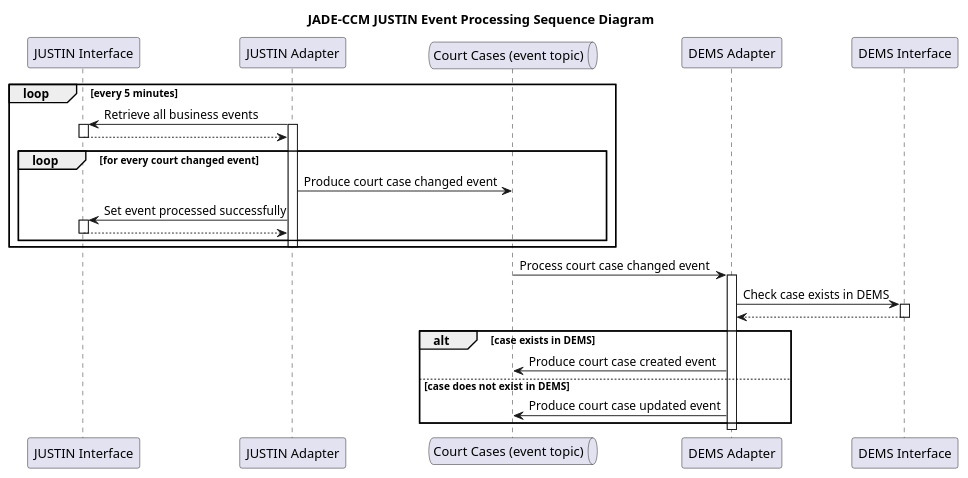
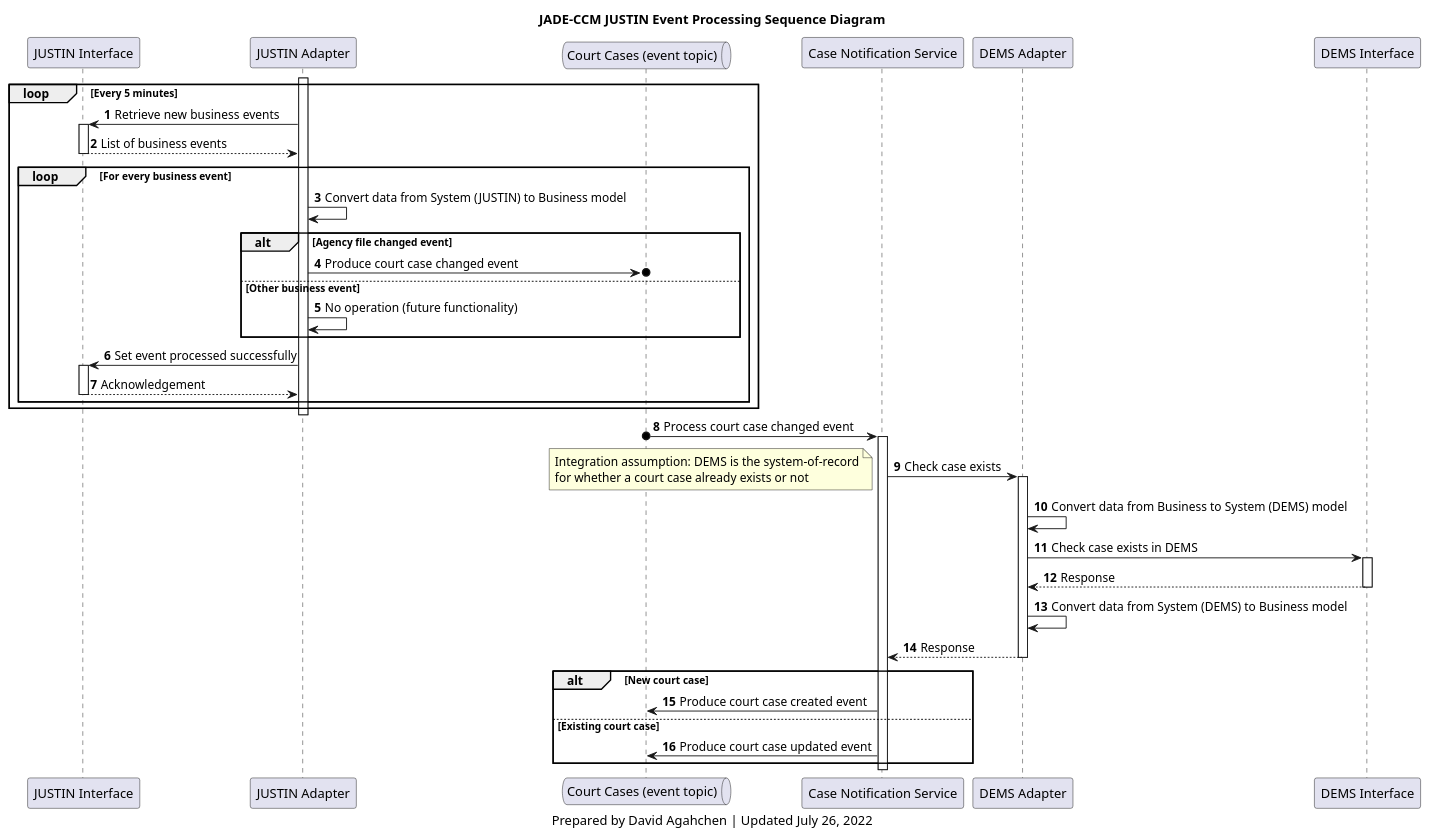
One commit to bcgov/jpss-jade-ccm changed the diagram in img/src/ccm_justin_event_processing_sequence_diagram.plantuml. Above: the diagram before and after it, drawn with PlantUML. The commit also changed 3 other files, not shown here.

Commit message:
Updated sequence diagrams with additional details

```diff
--- a/img/src/ccm_justin_event_processing_sequence_diagram.plantuml
+++ b/img/src/ccm_justin_event_processing_sequence_diagram.plantuml
@@ -1,39 +1,63 @@
 @startuml
 'hide footbox
-participant j_mock as "JUSTIN Interface"
+participant j_interface as "JUSTIN Interface"
 participant j_adapter as "JUSTIN Adapter"
-queue court_cases_q as "Court Cases (event topic)"
+queue court_cases_topic as "Court Cases (event topic)"
+participant case_notification_service as "Case Notification Service"
 participant d_adapter as "DEMS Adapter"
-participant d_mock as "DEMS Interface"
+participant d_interface as "DEMS Interface"
 
-title JADE-CCM JUSTIN Event Processing Sequence Diagram
+title
+JADE-CCM JUSTIN Event Processing Sequence Diagram
+end title
 
-loop every 5 minutes
-    j_adapter-> j_mock : Retrieve all business events
-    activate j_adapter
-    activate j_mock
-    j_mock --> j_adapter
-    deactivate j_mock
-    loop for every court changed event
-        j_adapter -> court_cases_q: Produce court case changed event
-        j_adapter -> j_mock: Set event processed successfully
-        activate j_mock
-        j_mock --> j_adapter
-        deactivate j_mock
+autonumber
+
+activate j_adapter
+loop Every 5 minutes
+    j_adapter-> j_interface: Retrieve new business events
+    activate j_interface
+    j_interface --> j_adapter: List of business events
+    deactivate j_interface
+    loop For every business event
+        j_adapter -> j_adapter: Convert data from System (JUSTIN) to Business model
+        alt Agency file changed event
+            j_adapter ->o court_cases_topic: Produce court case changed event
+        else Other business event
+            j_adapter -> j_adapter: No operation (future functionality)
+        end
+        j_adapter -> j_interface: Set event processed successfully
+        activate j_interface
+        j_interface --> j_adapter: Acknowledgement
+        deactivate j_interface
     end
-    deactivate j_adapter
 end
+deactivate j_adapter
 
-court_cases_q -> d_adapter: Process court case changed event
+court_cases_topic o-> case_notification_service: Process court case changed event
+activate case_notification_service
+case_notification_service -> d_adapter: Check case exists
 activate d_adapter
-d_adapter -> d_mock: Check case exists in DEMS
-activate d_mock
-d_mock --> d_adapter
-deactivate d_mock
-alt case exists in DEMS
-    d_adapter -> court_cases_q: Produce court case created event
-else case does not exist in DEMS
-    d_adapter -> court_cases_q: Produce court case updated event
+note left
+Integration assumption: DEMS is the system-of-record
+for whether a court case already exists or not
+end note
+d_adapter -> d_adapter: Convert data from Business to System (DEMS) model
+d_adapter -> d_interface: Check case exists in DEMS
+activate d_interface
+d_interface --> d_adapter: Response
+deactivate d_interface
+d_adapter -> d_adapter: Convert data from System (DEMS) to Business model
+d_adapter --> case_notification_service: Response
+deactivate d_adapter
+alt New court case
+    case_notification_service -> court_cases_topic: Produce court case created event
+else Existing court case
+    case_notification_service -> court_cases_topic: Produce court case updated event
 end
-deactivate d_adapter
+deactivate case_notification_service
+
+caption
+Prepared by David Agahchen | Updated July 26, 2022
+end caption
 @enduml
```
